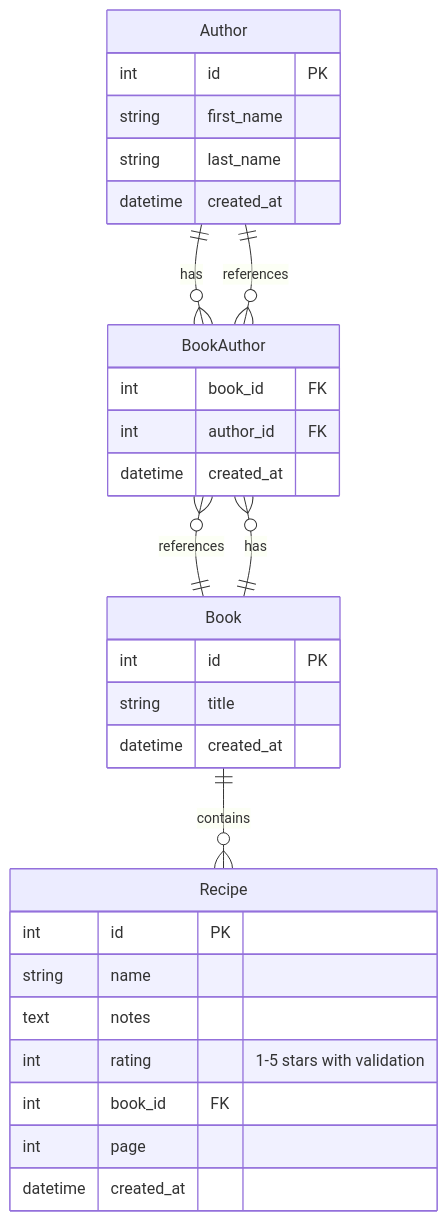
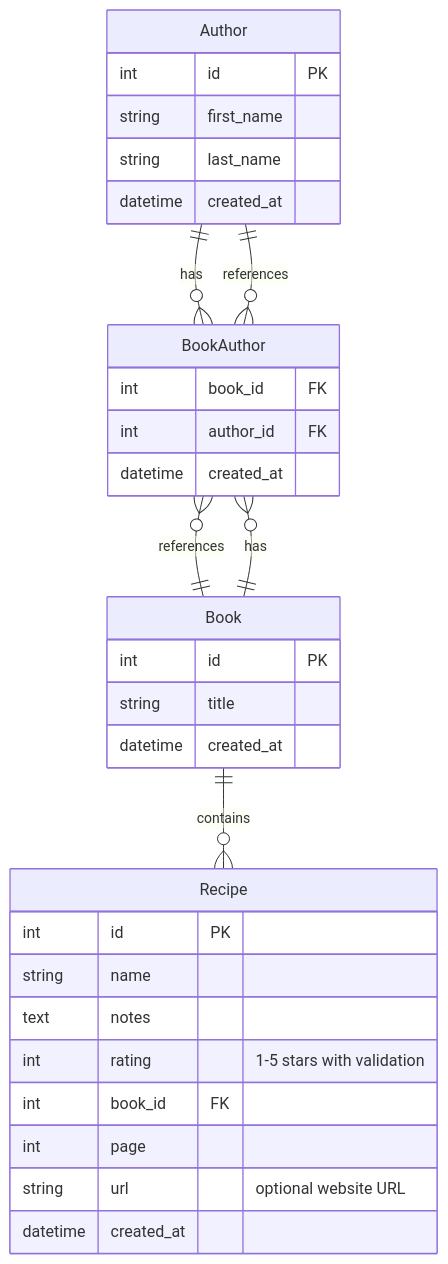
The third of 4 diagrams in docs/README.md (mongeon/RecettesIndex), drawn with Mermaid before and after one commit. The commit also changed other lines of this file and 9 other files, not shown here.

Commit message:
feat: Add URL/website source support for recipes

````diff
--- a/docs/README.md
+++ b/docs/README.md
@@ -194,37 +200,38 @@
 ```mermaid
 erDiagram
     Author ||--o{ BookAuthor : "has"
     Book ||--o{ BookAuthor : "has"
     BookAuthor }o--|| Author : "references"
     BookAuthor }o--|| Book : "references"
     Book ||--o{ Recipe : "contains"
     
     Author {
         int id PK
         string first_name
         string last_name
         datetime created_at
     }
     
     Book {
         int id PK
         string title
         datetime created_at
     }
     
     BookAuthor {
         int book_id FK
         int author_id FK
         datetime created_at
     }
     
     Recipe {
         int id PK
         string name
         text notes
         int rating "1-5 stars with validation"
         int book_id FK
         int page
+        string url "optional website URL"
         datetime created_at
     }
 ```
````
